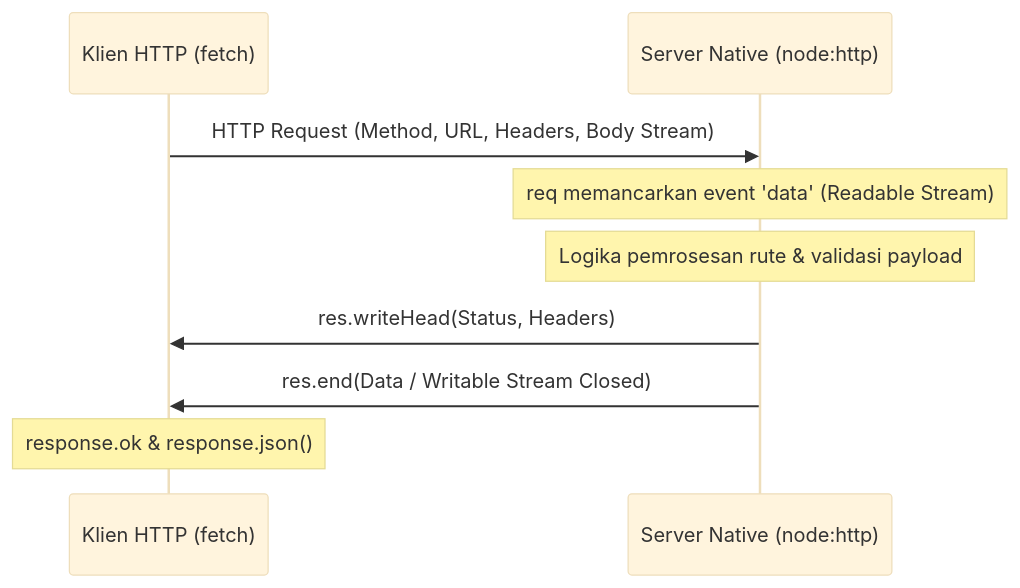
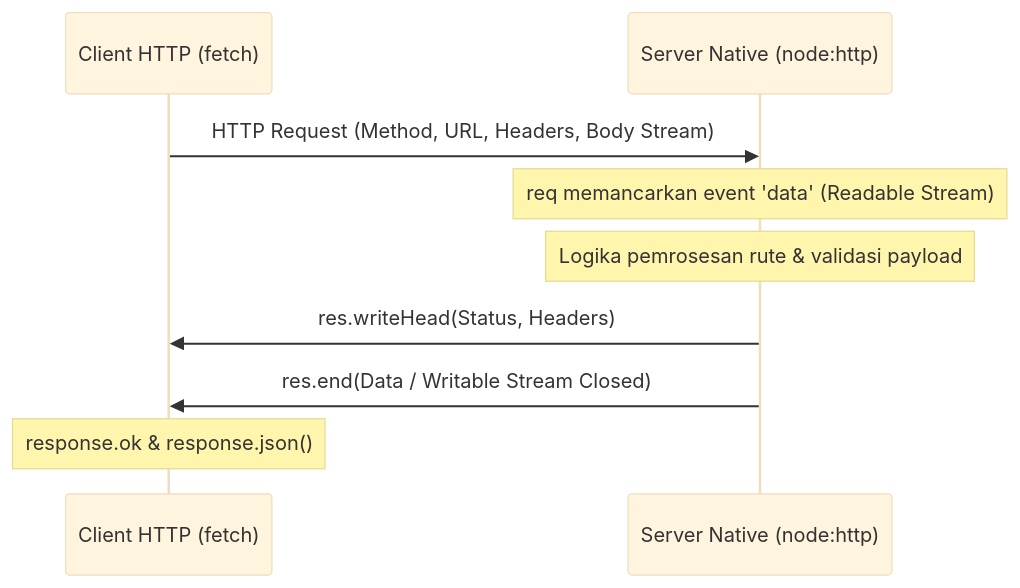
One commit to san4byte/nodejs-handbook changed the diagram in 01-core-modules/14-http/README.md. Above: the diagram before and after it, drawn with Mermaid (base theme). The commit also changed other lines of this file and 3 other files, not shown here.

````diff
--- a/01-core-modules/14-http/README.md
+++ b/01-core-modules/14-http/README.md
@@ -27,12 +29,12 @@
 ```mermaid
 sequenceDiagram
-    participant Client as Klien HTTP (fetch)
+    participant Client as Client HTTP (fetch)
     participant Server as Server Native (node:http)
 
     Client->>Server: HTTP Request (Method, URL, Headers, Body Stream)
     Note over Server: req memancarkan event 'data' (Readable Stream)
     Note over Server: Logika pemrosesan rute & validasi payload
     Server->>Client: res.writeHead(Status, Headers)
     Server->>Client: res.end(Data / Writable Stream Closed)
     Note over Client: response.ok & response.json()
 ```
````
